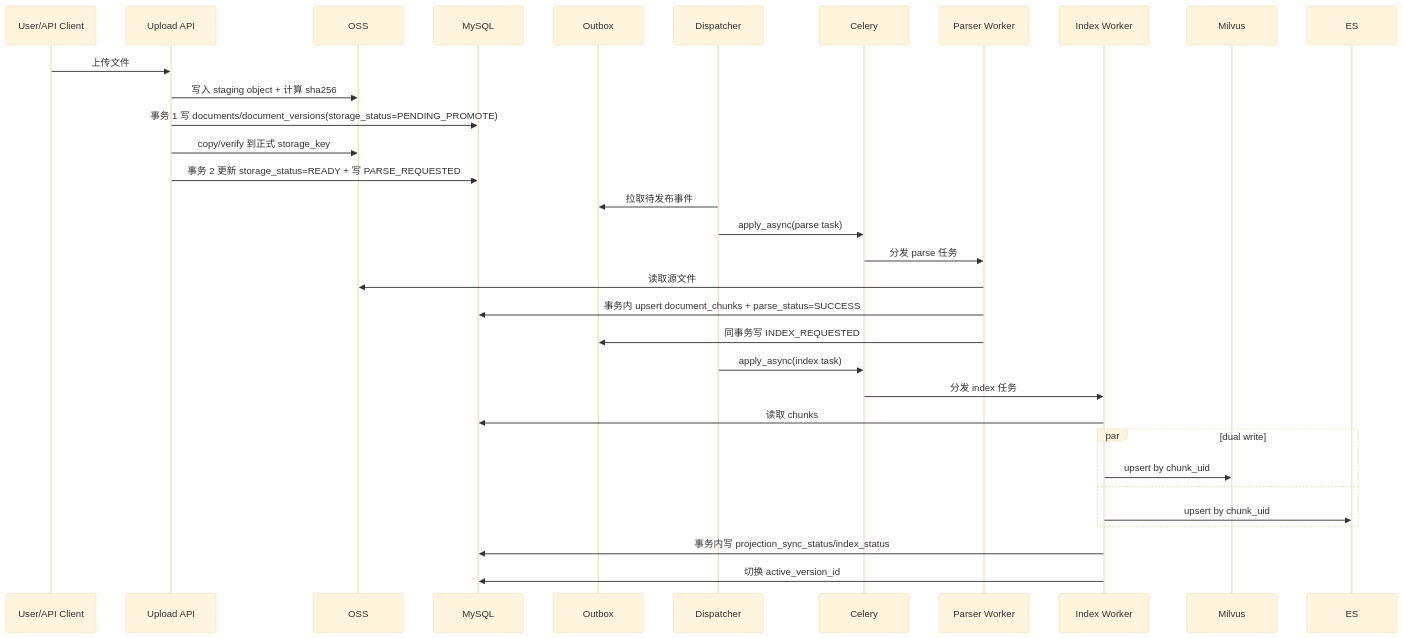
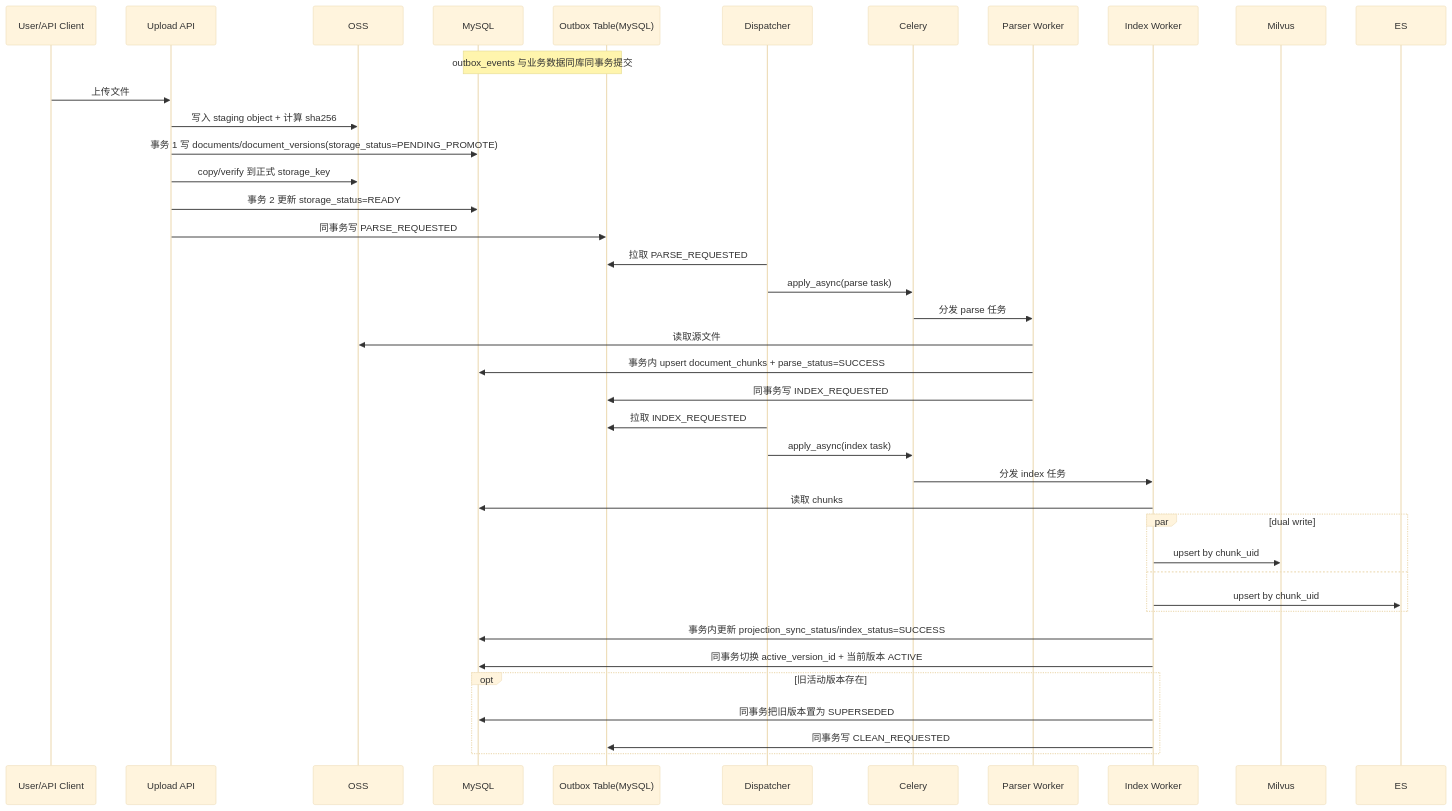
One commit to kkk935208447/learning_common_lib changed the first of 5 diagrams in src/learning_common_lib/案例/实现AgenticRAG数据库管理/架构设计规划.md. Above: the diagram before and after it, drawn with Mermaid (base theme). The commit also changed other lines of this file and 1 other file, not shown here.

Commit message:
feat(实现AgenticRAG数据库管理): 更新文档和流程图以增强任务执行的清晰度
- 增加了投影数据库构建切换成功主路径的描述，提升了文档的可读性。
- 更新了任务流程图，明确了各个阶段的功能和逻辑关系，便于理解任务的执行过程。
- 添加了对事务切换和旧版本清理的详细说明，确保文档与当前实现一致。

````diff
--- a/src/learning_common_lib/案例/实现AgenticRAG数据库管理/架构设计规划.md
+++ b/src/learning_common_lib/案例/实现AgenticRAG数据库管理/架构设计规划.md
@@ -393,36 +395,43 @@
 ```mermaid
 sequenceDiagram
     participant U as User/API Client
     participant A as Upload API
     participant O as OSS
     participant M as MySQL
-    participant X as Outbox
+    participant X as Outbox Table(MySQL)
     participant D as Dispatcher
     participant C as Celery
     participant P as Parser Worker
     participant I as Index Worker
     participant V as Milvus
     participant E as ES
 
+    Note over M,X: outbox_events 与业务数据同库同事务提交
     U->>A: 上传文件
     A->>O: 写入 staging object + 计算 sha256
     A->>M: 事务 1 写 documents/document_versions(storage_status=PENDING_PROMOTE)
     A->>O: copy/verify 到正式 storage_key
-    A->>M: 事务 2 更新 storage_status=READY + 写 PARSE_REQUESTED
-    D->>X: 拉取待发布事件
+    A->>M: 事务 2 更新 storage_status=READY
+    A->>X: 同事务写 PARSE_REQUESTED
+    D->>X: 拉取 PARSE_REQUESTED
     D->>C: apply_async(parse task)
     C->>P: 分发 parse 任务
     P->>O: 读取源文件
     P->>M: 事务内 upsert document_chunks + parse_status=SUCCESS
     P->>X: 同事务写 INDEX_REQUESTED
+    D->>X: 拉取 INDEX_REQUESTED
     D->>C: apply_async(index task)
     C->>I: 分发 index 任务
     I->>M: 读取 chunks
     par dual write
         I->>V: upsert by chunk_uid
     and
         I->>E: upsert by chunk_uid
     end
-    I->>M: 事务内写 projection_sync_status/index_status
-    I->>M: 切换 active_version_id
+    I->>M: 事务内更新 projection_sync_status/index_status=SUCCESS
+    I->>M: 同事务切换 active_version_id + 当前版本 ACTIVE
+    opt 旧活动版本存在
+        I->>M: 同事务把旧版本置为 SUPERSEDED
+        I->>X: 同事务写 CLEAN_REQUESTED
+    end
 ```
````
